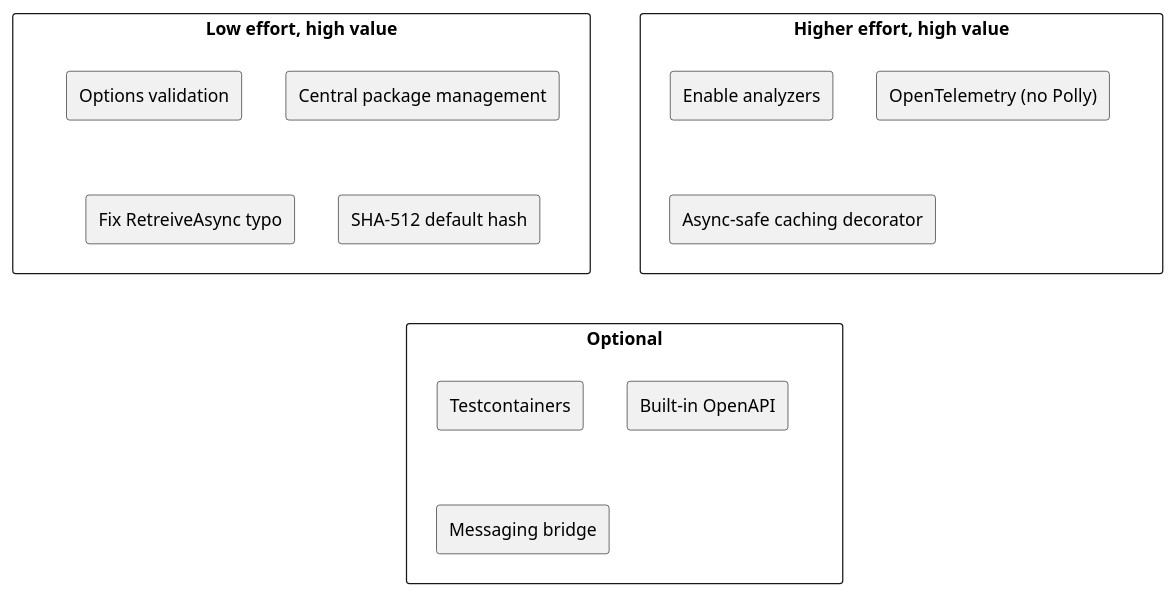
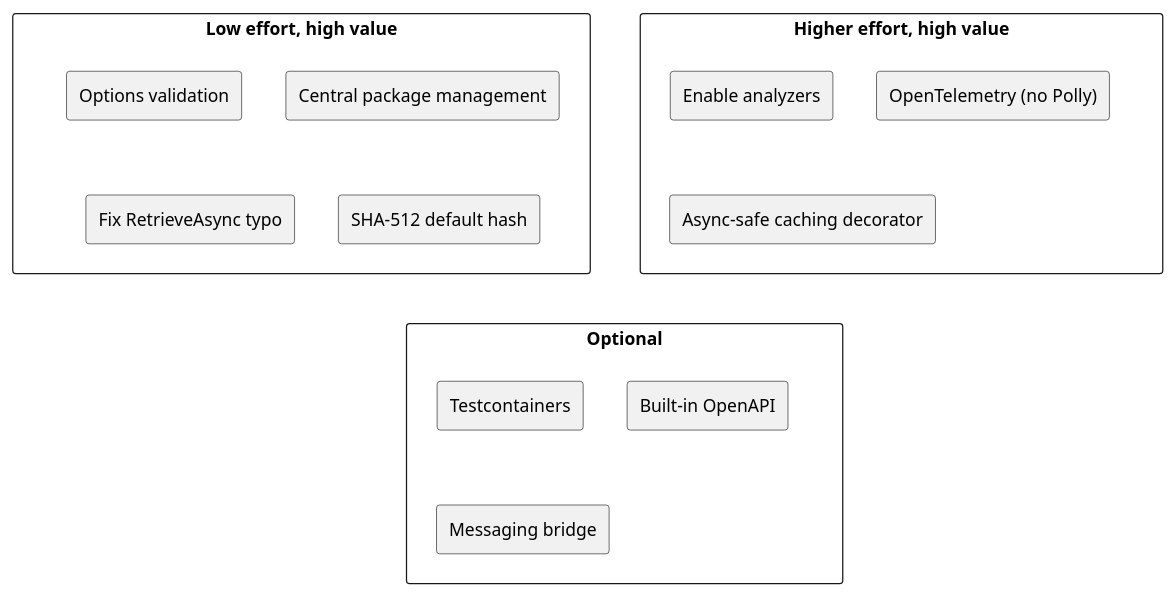
One commit to OutOfBandDevelopment/dotex changed the diagram in docs/patterns-discovery/05-industry-alternatives/README.md. Above: the diagram before and after it, drawn with PlantUML. The commit also changed 46 other files, not shown here.

Commit message:
Rename RetreiveAsync to RetrieveAsync and drop the legacy provider key aliases

````diff
--- a/docs/patterns-discovery/05-industry-alternatives/README.md
+++ b/docs/patterns-discovery/05-industry-alternatives/README.md
@@ -58,23 +58,23 @@
 ```plantuml
 @startuml
 skinparam shadowing false
 rectangle "Low effort, high value" as Q1 {
   rectangle "Options validation" as a
   rectangle "Central package management" as b
-  rectangle "Fix RetreiveAsync typo" as c
+  rectangle "Fix RetrieveAsync typo" as c
   rectangle "SHA-512 default hash" as d
 }
 rectangle "Higher effort, high value" as Q2 {
   rectangle "Enable analyzers" as e
   rectangle "OpenTelemetry (no Polly)" as f
   rectangle "Async-safe caching decorator" as g
 }
 rectangle "Optional" as Q3 {
   rectangle "Testcontainers" as h
   rectangle "Built-in OpenAPI" as i
   rectangle "Messaging bridge" as j
 }
 Q1 -[hidden]right- Q2
 Q2 -[hidden]right- Q3
 @enduml
 ```
````
